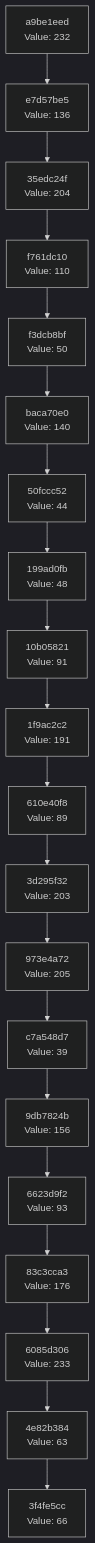
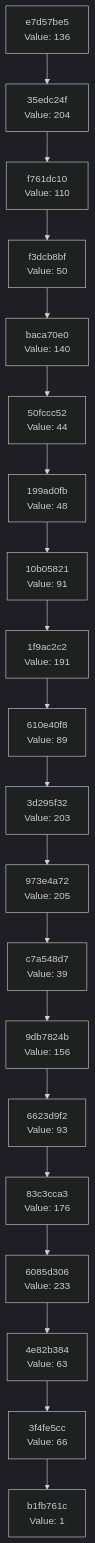
One commit to Abhisheksinha1506/hash-chain-evolver changed the diagram in docs/CHAIN_VISUALIZATION.md. Above: the diagram before and after it, drawn with Mermaid (dark theme). The commit also changed 2 other files, not shown here.

Commit message:
Evolution step: hash 0x01 → action executed

````diff
--- a/docs/CHAIN_VISUALIZATION.md
+++ b/docs/CHAIN_VISUALIZATION.md
@@ -3,42 +3,42 @@
 ```mermaid
 graph TD
-    C0["3f4fe5cc<br/>Value: 66"]
-    C1["4e82b384<br/>Value: 63"]
+    C0["b1fb761c<br/>Value: 1"]
+    C1["3f4fe5cc<br/>Value: 66"]
     C1 --> C0
-    C2["6085d306<br/>Value: 233"]
+    C2["4e82b384<br/>Value: 63"]
     C2 --> C1
-    C3["83c3cca3<br/>Value: 176"]
+    C3["6085d306<br/>Value: 233"]
     C3 --> C2
-    C4["6623d9f2<br/>Value: 93"]
+    C4["83c3cca3<br/>Value: 176"]
     C4 --> C3
-    C5["9db7824b<br/>Value: 156"]
+    C5["6623d9f2<br/>Value: 93"]
     C5 --> C4
-    C6["c7a548d7<br/>Value: 39"]
+    C6["9db7824b<br/>Value: 156"]
     C6 --> C5
-    C7["973e4a72<br/>Value: 205"]
+    C7["c7a548d7<br/>Value: 39"]
     C7 --> C6
-    C8["3d295f32<br/>Value: 203"]
+    C8["973e4a72<br/>Value: 205"]
     C8 --> C7
-    C9["610e40f8<br/>Value: 89"]
+    C9["3d295f32<br/>Value: 203"]
     C9 --> C8
-    C10["1f9ac2c2<br/>Value: 191"]
+    C10["610e40f8<br/>Value: 89"]
     C10 --> C9
-    C11["10b05821<br/>Value: 91"]
+    C11["1f9ac2c2<br/>Value: 191"]
     C11 --> C10
-    C12["199ad0fb<br/>Value: 48"]
+    C12["10b05821<br/>Value: 91"]
     C12 --> C11
-    C13["50fccc52<br/>Value: 44"]
+    C13["199ad0fb<br/>Value: 48"]
     C13 --> C12
-    C14["baca70e0<br/>Value: 140"]
+    C14["50fccc52<br/>Value: 44"]
     C14 --> C13
-    C15["f3dcb8bf<br/>Value: 50"]
+    C15["baca70e0<br/>Value: 140"]
     C15 --> C14
-    C16["f761dc10<br/>Value: 110"]
+    C16["f3dcb8bf<br/>Value: 50"]
     C16 --> C15
-    C17["35edc24f<br/>Value: 204"]
+    C17["f761dc10<br/>Value: 110"]
     C17 --> C16
-    C18["e7d57be5<br/>Value: 136"]
+    C18["35edc24f<br/>Value: 204"]
     C18 --> C17
-    C19["a9be1eed<br/>Value: 232"]
+    C19["e7d57be5<br/>Value: 136"]
     C19 --> C18
 ```
````
